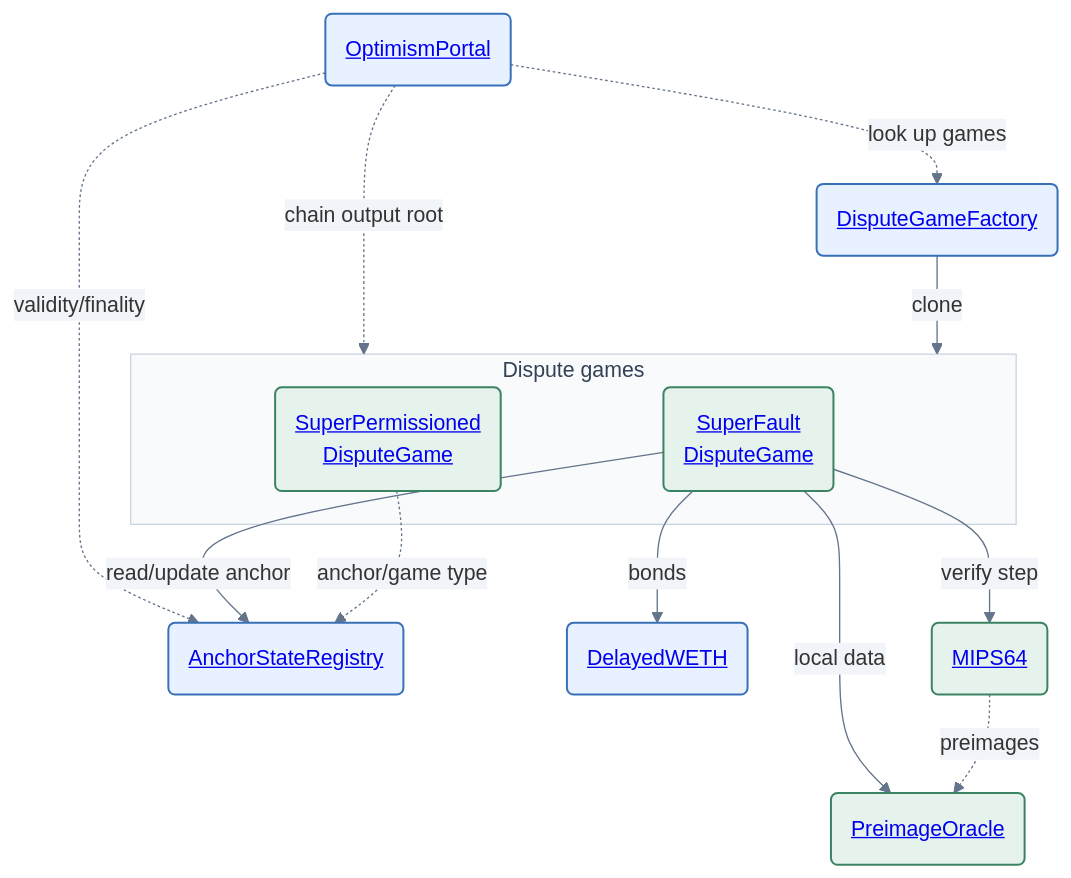
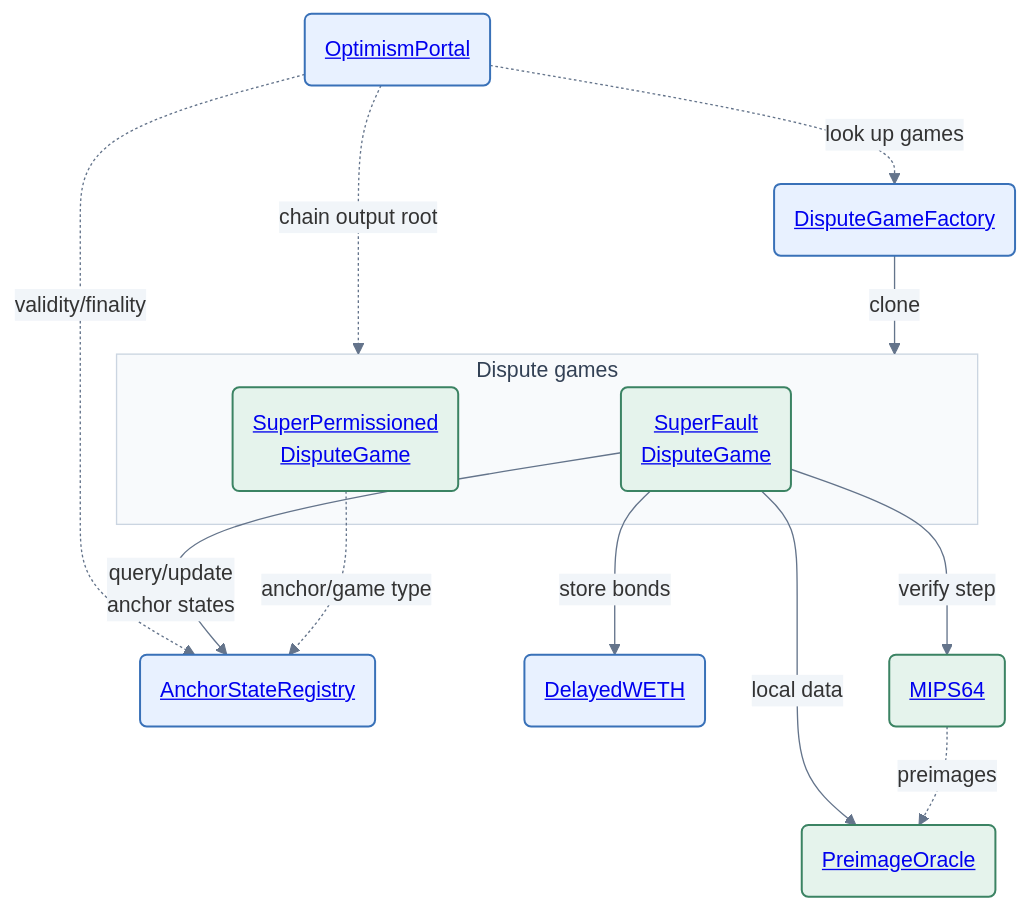
The second of 7 diagrams in specs/protocol/overview.md (ethereum-optimism/specs), drawn with Mermaid before and after one commit. The commit also changed other lines of this file, not shown here.

````diff
--- a/specs/protocol/overview.md
+++ b/specs/protocol/overview.md
@@ -89,31 +91,31 @@
 ```mermaid
 %%{init: {"theme": "base", "themeVariables": {"lineColor": "#64748b", "edgeLabelBackground": "#f1f5f9"}, "themeCSS": ".nodeLabel a { color: inherit !important; }"}}%%
 graph TB
     OptimismPortal(<a href="../fault-proof/stage-one/optimism-portal.html">OptimismPortal</a>)
     DisputeGameFactory(<a href="../fault-proof/stage-one/dispute-game-interface.html#disputegamefactory-interface">DisputeGameFactory</a>)
     subgraph Games[Dispute games]
         SuperFaultDisputeGame(<a href="../fault-proof/stage-one/super-fault-dispute-game.html">SuperFault<br/>DisputeGame</a>)
         SuperPermissionedDisputeGame(<a href="https://github.com/ethereum-optimism/optimism/blob/develop/packages/contracts-bedrock/src/dispute/SuperPermissionedDisputeGame.sol">SuperPermissioned<br/>DisputeGame</a>)
     end
     AnchorStateRegistry(<a href="../fault-proof/stage-one/anchor-state-registry.html">AnchorStateRegistry</a>)
     DelayedWETH(<a href="../fault-proof/stage-one/bond-incentives.html#delayedweth">DelayedWETH</a>)
     MIPS64(<a href="../fault-proof/cannon-fault-proof-vm.html">MIPS64</a>)
     PreimageOracle(<a href="../fault-proof/stage-one/fault-dispute-game.html#preimageoracle">PreimageOracle</a>)
 
     OptimismPortal -.->|look up games| DisputeGameFactory
     OptimismPortal -.->|validity/finality| AnchorStateRegistry
     OptimismPortal -.->|chain output root| Games
     DisputeGameFactory -->|clone| Games
-    SuperFaultDisputeGame -->|bonds| DelayedWETH
-    SuperFaultDisputeGame -->|read/update anchor| AnchorStateRegistry
+    SuperFaultDisputeGame -->|store bonds| DelayedWETH
+    SuperFaultDisputeGame -->|query/update<br/>anchor states| AnchorStateRegistry
     SuperPermissionedDisputeGame -.->|anchor/game type| AnchorStateRegistry
     SuperFaultDisputeGame -->|verify step| MIPS64
     SuperFaultDisputeGame -->|local data| PreimageOracle
     MIPS64 -.->|preimages| PreimageOracle
 
     classDef proxy fill:#e8f1ff,stroke:#3971b8,color:#17375e,stroke-width:1.5px;
     classDef fixed fill:#e5f3ec,stroke:#3b8363,color:#173f2e,stroke-width:1.5px;
     class OptimismPortal,DisputeGameFactory,AnchorStateRegistry,DelayedWETH proxy;
     class SuperFaultDisputeGame,SuperPermissionedDisputeGame,MIPS64,PreimageOracle fixed;
     style Games fill:#f8fafc,stroke:#cbd5e1,color:#334155;
 ```
````
